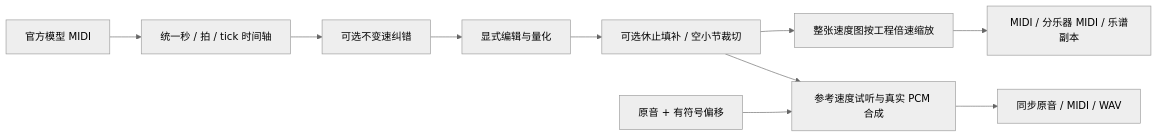
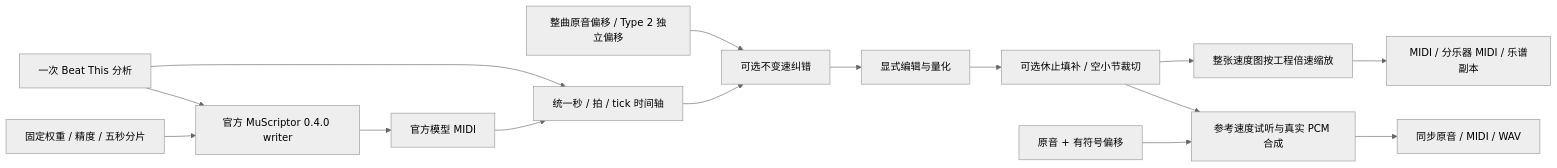
One commit to mason369/music-to-midi changed the diagram in docs/midi-timing-export.md. Above: the diagram before and after it, drawn with Mermaid (neutral theme). The commit also changed other lines of this file and 59 other files, not shown here.

````diff
--- a/docs/midi-timing-export.md
+++ b/docs/midi-timing-export.md
@@ -48,12 +50,17 @@
 ```mermaid
 flowchart LR
+    B[一次 Beat This 分析] --> U[官方 MuScriptor 0.4.0 writer]
+    I[固定权重 / 精度 / 五秒分片] --> U
+    U --> A
+    B --> T
     A[官方模型 MIDI] --> T[统一秒 / 拍 / tick 时间轴]
+    OI[整曲原音偏移 / Type 2 独立偏移] --> C
     T --> C[可选不变速纠错]
     C --> E[显式编辑与量化]
     E --> X[可选休止填补 / 空小节裁切]
     X --> R[整张速度图按工程倍速缩放]
     R --> M[MIDI / 分乐器 MIDI / 乐谱副本]
     X --> P[参考速度试听与真实 PCM 合成]
     O[原音 + 有符号偏移] --> P
     P --> W[同步原音 / MIDI / WAV]
 ```
````
